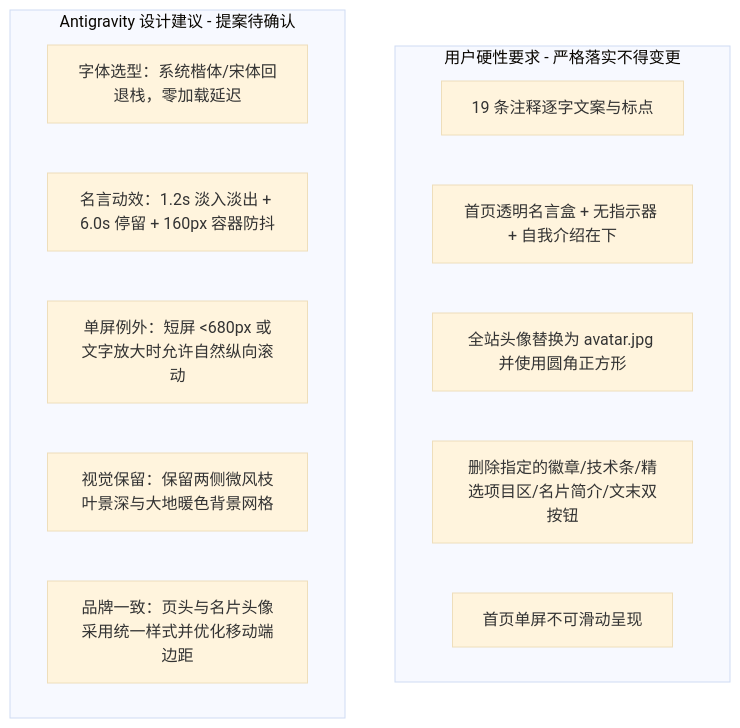
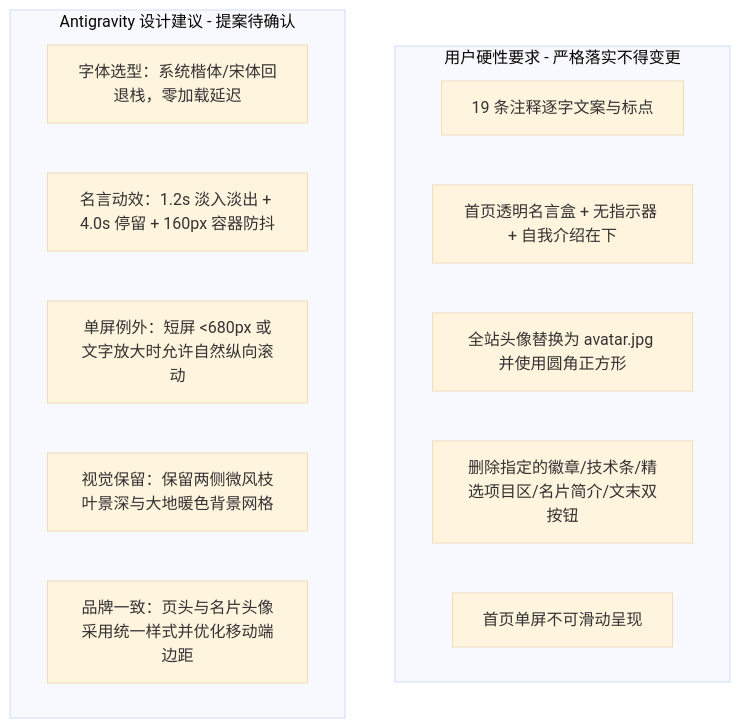
Before and after one commit to Aaron48615/blog: the diagram in apps/site/DESIGN.md, drawn with Mermaid (base theme). The commit also changed other lines of this file, not shown here.

````diff
--- a/apps/site/DESIGN.md
+++ b/apps/site/DESIGN.md
@@ -239,18 +239,18 @@
 ```mermaid
 graph TD
     subgraph 用户硬性要求 [用户硬性要求 - 严格落实不得变更]
         R1[19 条注释逐字文案与标点]
         R2[首页透明名言盒 + 无指示器 + 自我介绍在下]
         R3[全站头像替换为 avatar.jpg 并使用圆角正方形]
         R4[删除指定的徽章/技术条/精选项目区/名片简介/文末双按钮]
         R5[首页单屏不可滑动呈现]
     end
 
     subgraph Antigravity设计建议 [Antigravity 设计建议 - 提案待确认]
         P1[字体选型：系统楷体/宋体回退栈，零加载延迟]
-        P2[名言动效：1.2s 淡入淡出 + 6.0s 停留 + 160px 容器防抖]
+        P2[名言动效：1.2s 淡入淡出 + 4.0s 停留 + 160px 容器防抖]
         P3[单屏例外：短屏 <680px 或文字放大时允许自然纵向滚动]
         P4[视觉保留：保留两侧微风枝叶景深与大地暖色背景网格]
         P5[品牌一致：页头与名片头像采用统一样式并优化移动端边距]
     end
 ```
````
